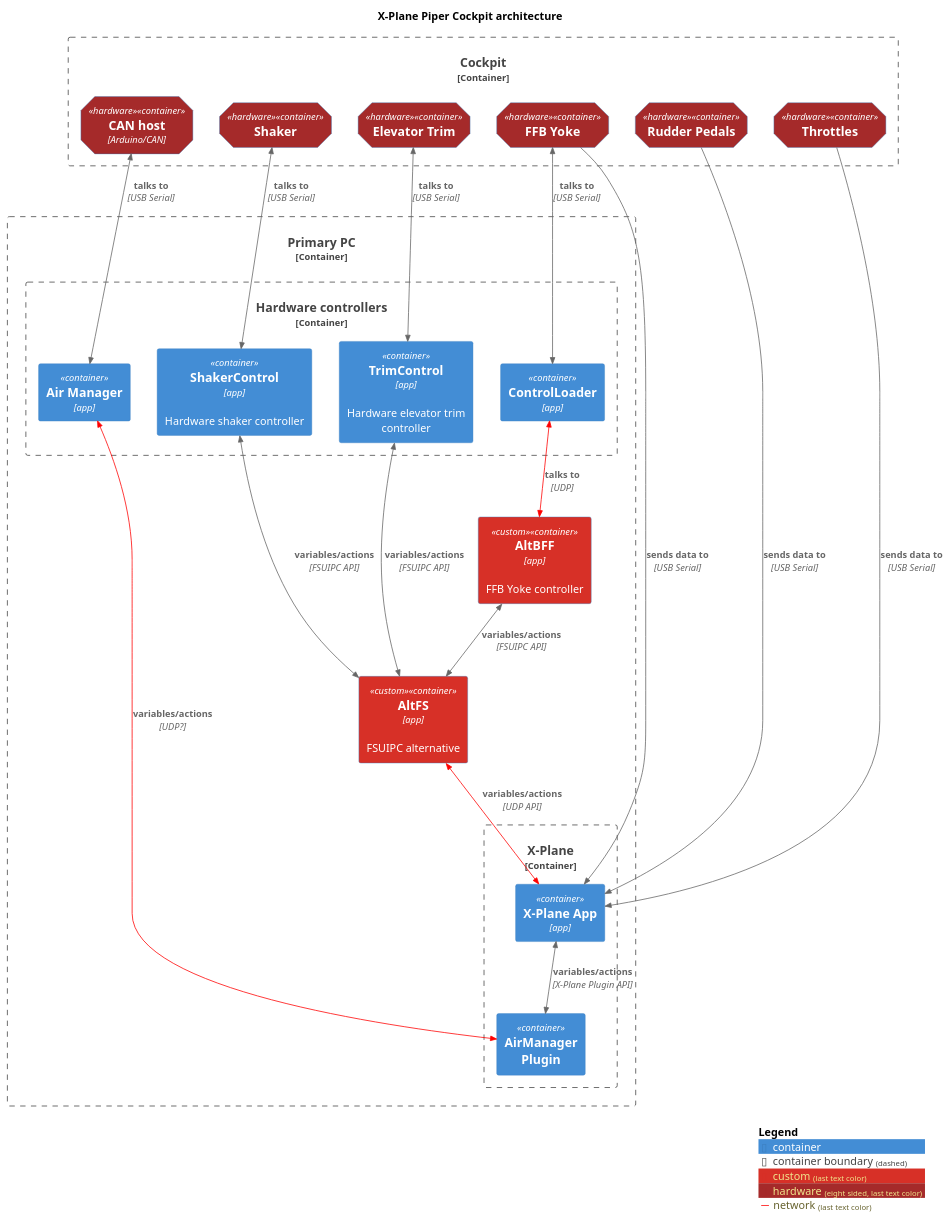
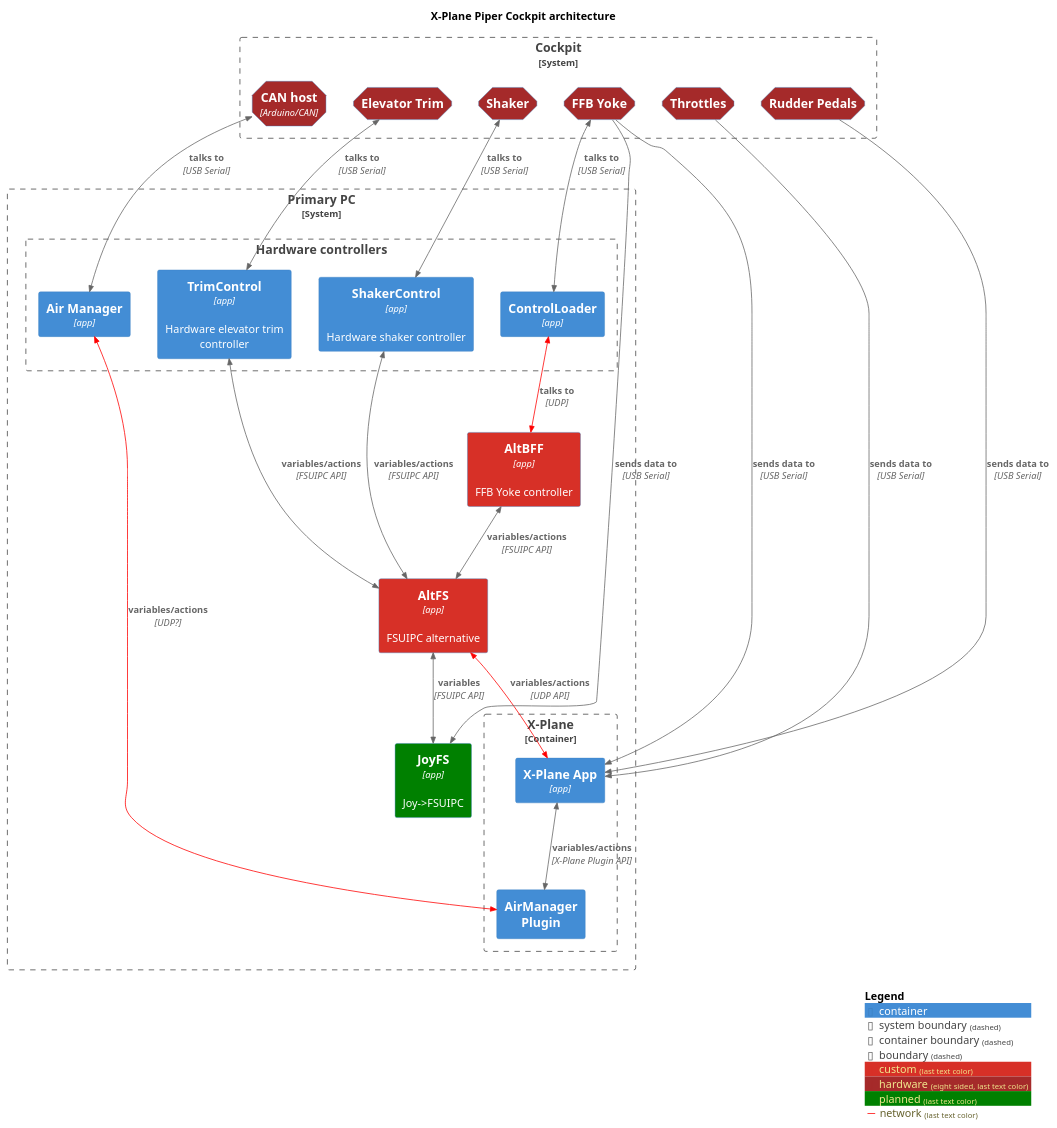
One commit to avignatenko/aiblog changed the diagram in content/posts/piper-cockpit-architecture/architecture.puml. Above: the diagram before and after it, drawn with PlantUML. The commit also changed 1 other file, not shown here.

Commit message:
updated architecture

```diff
--- a/content/posts/piper-cockpit-architecture/architecture.puml
+++ b/content/posts/piper-cockpit-architecture/architecture.puml
@@ -1,69 +1,74 @@
 @startuml
 !include <C4/C4_Container>
 !include <C4/C4_Deployment>
 
 title X-Plane Piper Cockpit architecture
 
 AddElementTag("custom", $bgColor="#d73027")
 AddElementTag("hardware", $bgColor="brown", $shape=EightSidedShape())
+AddElementTag("planned", $bgColor="green")
+
 AddRelTag("network", $lineColor="red")
 
-Container_Boundary(pc, "Primary PC") {
+System_Boundary(pc, "Primary PC") {
 
-Container_Boundary(xplane, "X-Plane"){
-    Container(xplaneApp, "X-Plane App", $techn="app")
-    Container(airManagerPlugin, "AirManager\nPlugin")
+    Container_Boundary(xplane, "X-Plane"){
+        Container(xplaneApp, "X-Plane App", $techn="app")
+        Container(airManagerPlugin, "AirManager\nPlugin")
 
-    BiRel_D(xplaneApp, airManagerPlugin, "variables/actions", $techn="X-Plane Plugin API")
+        BiRel(xplaneApp, airManagerPlugin, "variables/actions", $techn="X-Plane Plugin API")
+    }
 
-}
+    Container(altFS, "AltFS", $techn="app", $descr="FSUIPC alternative", $tags="custom")
+    BiRel(altFS, xplaneApp, "variables/actions", $techn="UDP API", $tags="network")
 
-Container(altFS, "AltFS", $techn="app", $descr="FSUIPC alternative", $tags="custom")
-BiRel(altFS, xplaneApp, "variables/actions", $techn="UDP API", $tags="network")
+    Container(JoyFS, "JoyFS", $techn="app", $descr="Joy->FSUIPC", $tags="planned+custom")
+    BiRel(altFS, JoyFS, "variables", $techn="FSUIPC API")
 
-Container(altBFF, "AltBFF", $techn="app", $descr="FFB Yoke controller", $tags="custom")
-BiRel(altBFF, altFS, "variables/actions", $techn="FSUIPC API")
+    Container(altBFF, "AltBFF", $techn="app", $descr="FFB Yoke controller", $tags="custom")
+    BiRel(altBFF, altFS, "variables/actions", $techn="FSUIPC API")
 
-Container_Boundary(controllers, "Hardware controllers"){
-    Container(controlLoader, "ControlLoader", $techn="app")
-    BiRel(controlLoader, altBFF, "talks to", $techn="UDP", $tags="network")
 
-    Container(trimControl, "TrimControl", $techn="app", $descr="Hardware elevator trim controller")
-    BiRel(trimControl, altFS, "variables/actions", $techn="FSUIPC API")
+    Boundary(controllers, "Hardware controllers"){
+        Container(controlLoader, "ControlLoader", $techn="app")
+        BiRel(controlLoader, altBFF, "talks to", $techn="UDP", $tags="network")
 
-    Container(shakerControl, "ShakerControl", $techn="app", $descr="Hardware shaker controller")
-    BiRel(shakerControl, altFS, "variables/actions", $techn="FSUIPC API")
+        Container(trimControl, "TrimControl", $techn="app", $descr="Hardware elevator trim controller")
+        BiRel(trimControl, altFS, "variables/actions", $techn="FSUIPC API")
 
-    Container(airManager, "Air Manager", $techn="app")
-    BiRel(airManager, airManagerPlugin, "variables/actions", $techn="UDP?", $tags="network")
+        Container(shakerControl, "ShakerControl", $techn="app", $descr="Hardware shaker controller")
+        BiRel(shakerControl, altFS, "variables/actions", $techn="FSUIPC API")
 
-}
+        Container(airManager, "Air Manager", $techn="app")
+        BiRel(airManager, airManagerPlugin, "variables/actions", $techn="UDP?", $tags="network")
+
+    }
 
 
 }
 
-
-Container_Boundary(cockpit, "Cockpit") {
+System_Boundary(cockpit, "Cockpit") {
     Container(ffbYoke, "FFB Yoke", $tags="hardware")
     BiRel(ffbYoke, controlLoader, "talks to", $techn="USB Serial")
+    Rel(ffbYoke, JoyFS, "sends data to", $techn="USB Serial")
     Rel(ffbYoke, xplaneApp, "sends data to", $techn="USB Serial")
 
     Container(elTrim, "Elevator Trim", $tags="hardware")
     BiRel(elTrim, trimControl, "talks to", $techn="USB Serial")
 
     Container(canHost, "CAN host", $techn="Arduino/CAN", $tags="hardware")
     BiRel(airManager, canHost, "talks to", $techn="USB Serial")
 
     Container(shaker, "Shaker", $tags="hardware")
     BiRel(shaker, shakerControl, "talks to", $techn="USB Serial")
 
     Container(throttles, "Throttles", $tags="hardware")
     Rel(throttles, xplaneApp, "sends data to", $techn="USB Serial")
 
     Container(rudderPedals, "Rudder Pedals", $tags="hardware")
     Rel(rudderPedals, xplaneApp, "sends data to", $techn="USB Serial")
 }
 
-SHOW_LEGEND(false)
+SHOW_LEGEND()
 
 @enduml
```
